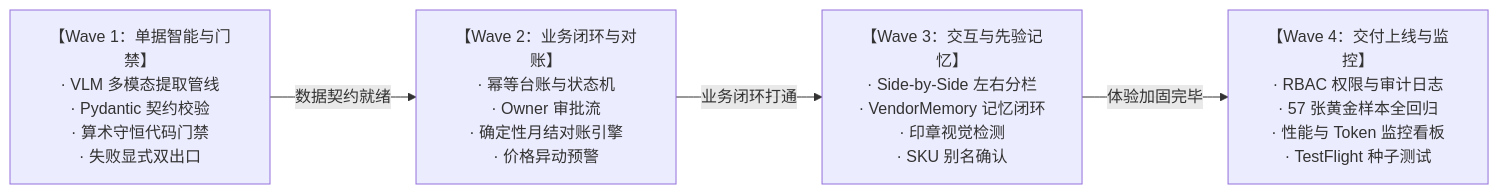
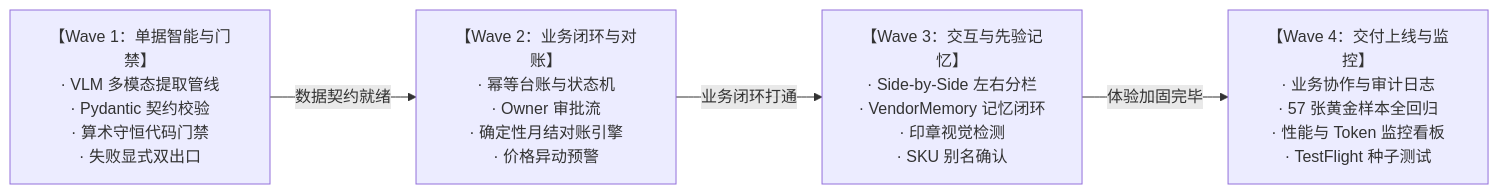
Before and after one commit to KANGGG-L/receipt-agent-interview: the diagram in docs/01-产品方案(14步)/step5-MVP定义.md, drawn with Mermaid. The commit also changed other lines of this file and 42 other files, not shown here.

````diff
--- a/docs/01-产品方案(14步)/step5-MVP定义.md
+++ b/docs/01-产品方案(14步)/step5-MVP定义.md
@@ -93,11 +95,11 @@
 ```mermaid
 flowchart LR
     W1["【Wave 1：单据智能与门禁】<br>· VLM 多模态提取管线<br>· Pydantic 契约校验<br>· 算术守恒代码门禁<br>· 失败显式双出口"]
     W2["【Wave 2：业务闭环与对账】<br>· 幂等台账与状态机<br>· Owner 审批流<br>· 确定性月结对账引擎<br>· 价格异动预警"]
     W3["【Wave 3：交互与先验记忆】<br>· Side-by-Side 左右分栏<br>· VendorMemory 记忆闭环<br>· 印章视觉检测<br>· SKU 别名确认"]
-    W4["【Wave 4：交付上线与监控】<br>· RBAC 权限与审计日志<br>· 57 张黄金样本全回归<br>· 性能与 Token 监控看板<br>· TestFlight 种子测试"]
+    W4["【Wave 4：交付上线与监控】<br>· 业务协作与审计日志<br>· 57 张黄金样本全回归<br>· 性能与 Token 监控看板<br>· TestFlight 种子测试"]
 
     W1 -->|数据契约就绪| W2
     W2 -->|业务闭环打通| W3
     W3 -->|体验加固完毕| W4
 ```
````
